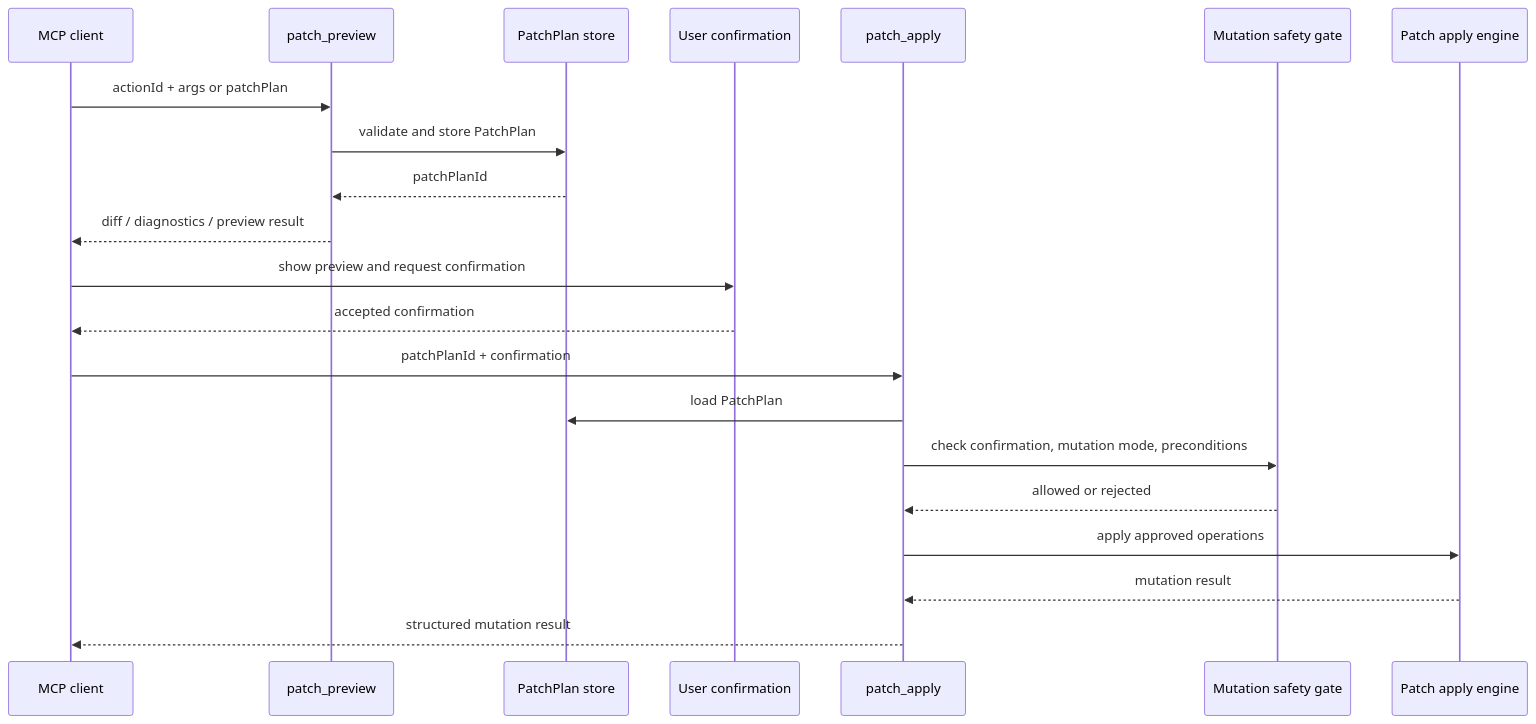
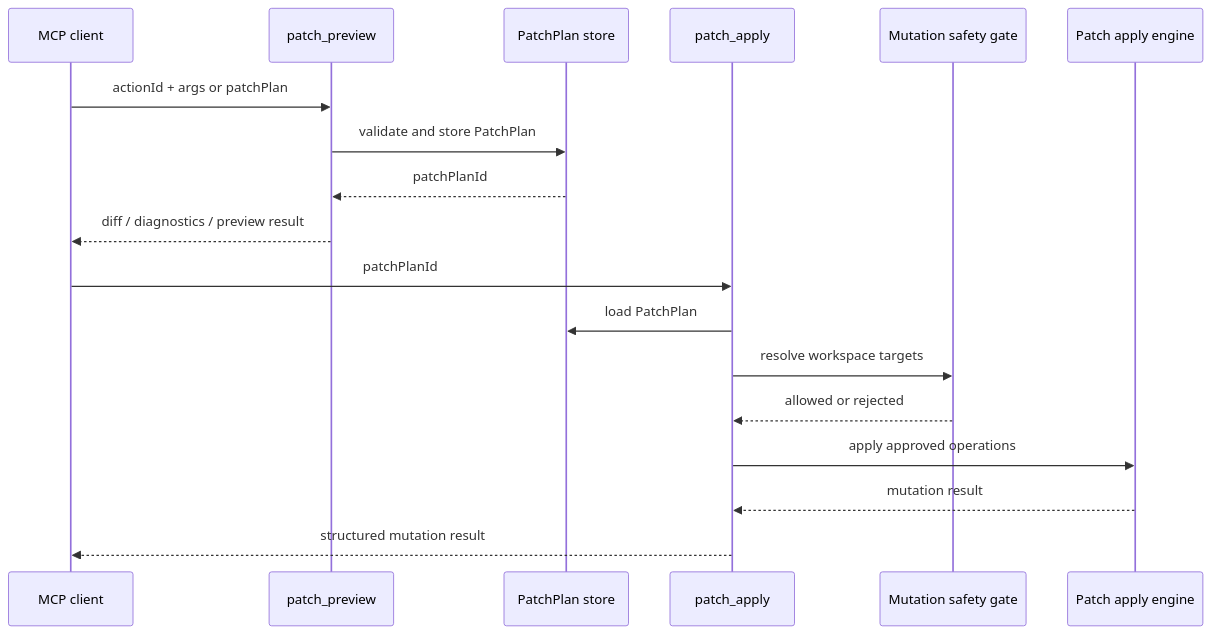
The third of 3 diagrams in packages/risuai-workbench-mcp/reports/mcp-facade-visualization/facade-readme-section.md (noelkim12/risuai-workbench), drawn with Mermaid before and after one commit. The commit also changed other lines of this file and 108 other files, not shown here.

Commit message:
fix(mcp) : remove useless confirmation gate and preview mode

````diff
--- a/packages/risuai-workbench-mcp/reports/mcp-facade-visualization/facade-readme-section.md
+++ b/packages/risuai-workbench-mcp/reports/mcp-facade-visualization/facade-readme-section.md
@@ -102,24 +100,21 @@
 ```mermaid
 sequenceDiagram
     participant Client as MCP client
     participant Preview as patch_preview
     participant Store as PatchPlan store
-    participant User as User confirmation
     participant Apply as patch_apply
     participant Gate as Mutation safety gate
     participant Engine as Patch apply engine
 
     Client->>Preview: actionId + args or patchPlan
     Preview->>Store: validate and store PatchPlan
     Store-->>Preview: patchPlanId
     Preview-->>Client: diff / diagnostics / preview result
-    Client->>User: show preview and request confirmation
-    User-->>Client: accepted confirmation
-    Client->>Apply: patchPlanId + confirmation
+    Client->>Apply: patchPlanId
     Apply->>Store: load PatchPlan
-Apply->>Gate: check confirmation, mutation mode, preconditions
+    Apply->>Gate: resolve workspace targets
     Gate-->>Apply: allowed or rejected
     Apply->>Engine: apply approved operations
     Engine-->>Apply: mutation result
     Apply-->>Client: structured mutation result
 ```
````
